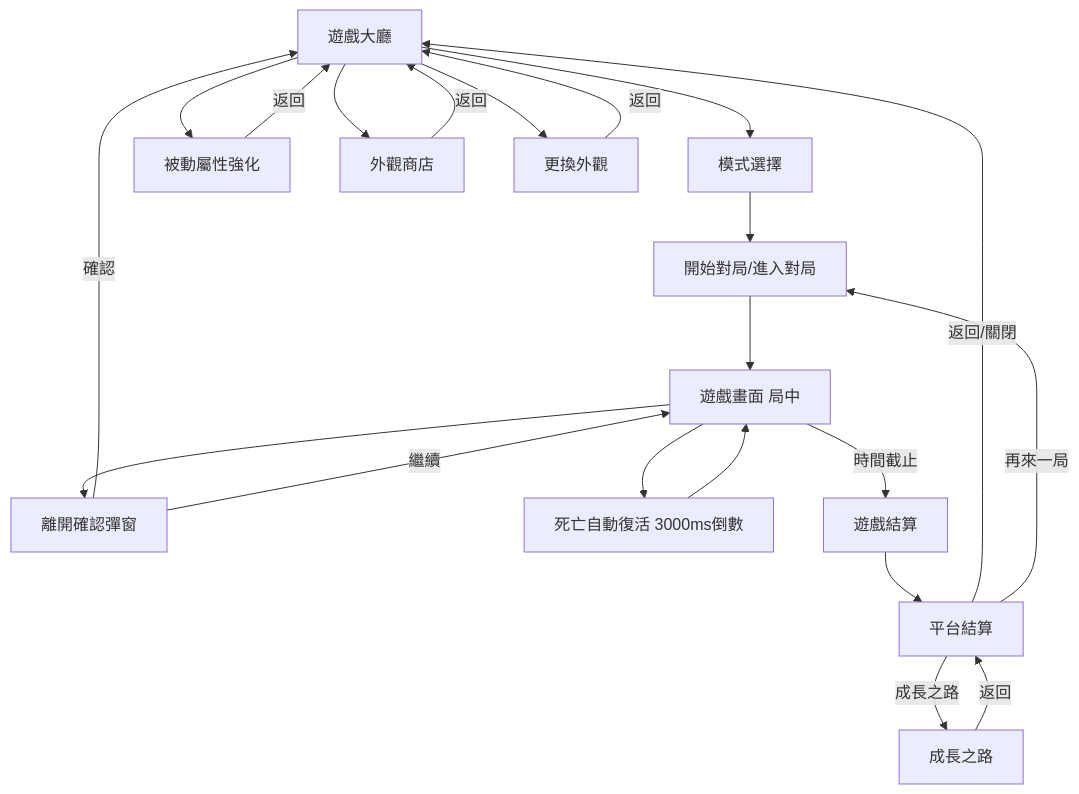
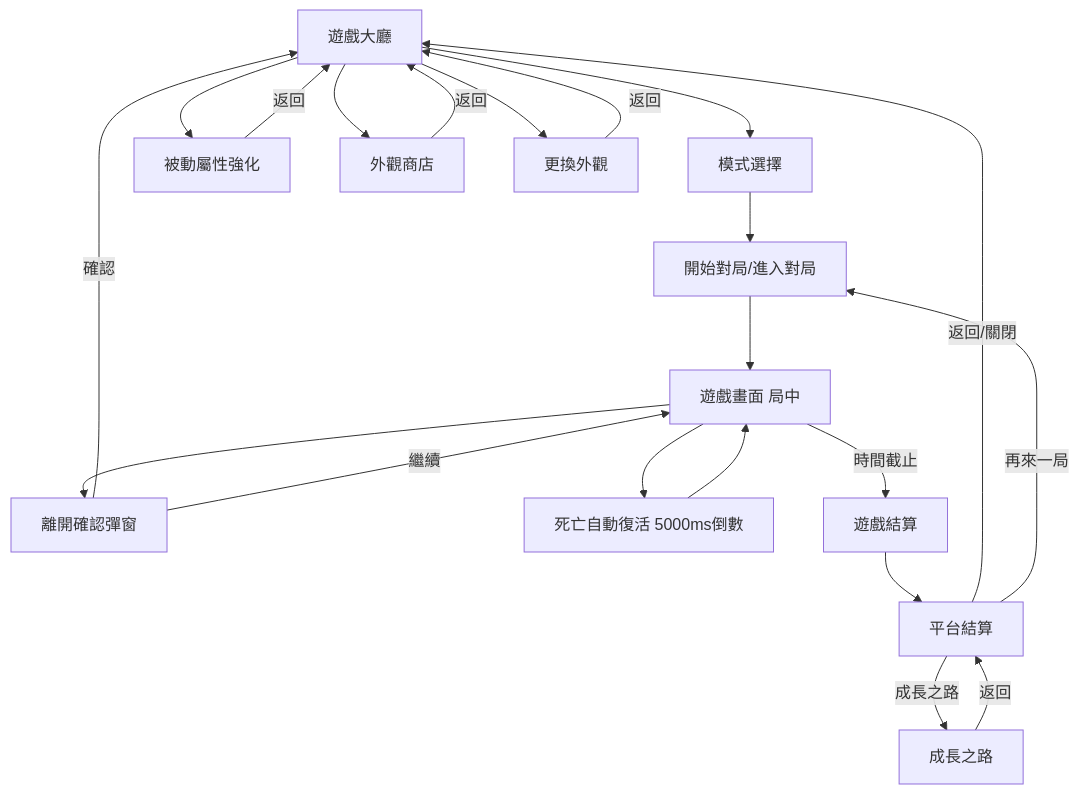
One commit to jerryfcai794238-bit/snake.io changed the first of 4 diagrams in GDD/貪食蛇GDD.md. Above: the diagram before and after it, drawn with Mermaid. The commit also changed other lines of this file, not shown here.

````diff
--- a/GDD/貪食蛇GDD.md
+++ b/GDD/貪食蛇GDD.md
@@ -213,23 +213,23 @@
 ```mermaid
 graph TD
     A[遊戲大廳] --> B[模式選擇]
     B --> D[開始對局/進入對局]
     D --> E[遊戲畫面 局中]
     E --> F[離開確認彈窗]
     F -->|確認| A
     F -->|繼續| E
-    E --> G[死亡自動復活 3000ms倒數]
+    E --> G[死亡自動復活 5000ms倒數]
     G --> E
     E -->|時間截止| H[遊戲結算]
     H --> L[平台結算]
     L -->|返回/關閉| A
     L -->|再來一局| D
     L -->|成長之路| M[成長之路]
     M -->|返回| L
     A --> I[被動屬性強化]
     I -->|返回| A
     A --> J[外觀商店]
     J -->|返回| A
     A --> K[更換外觀]
     K -->|返回| A
 ```
````
